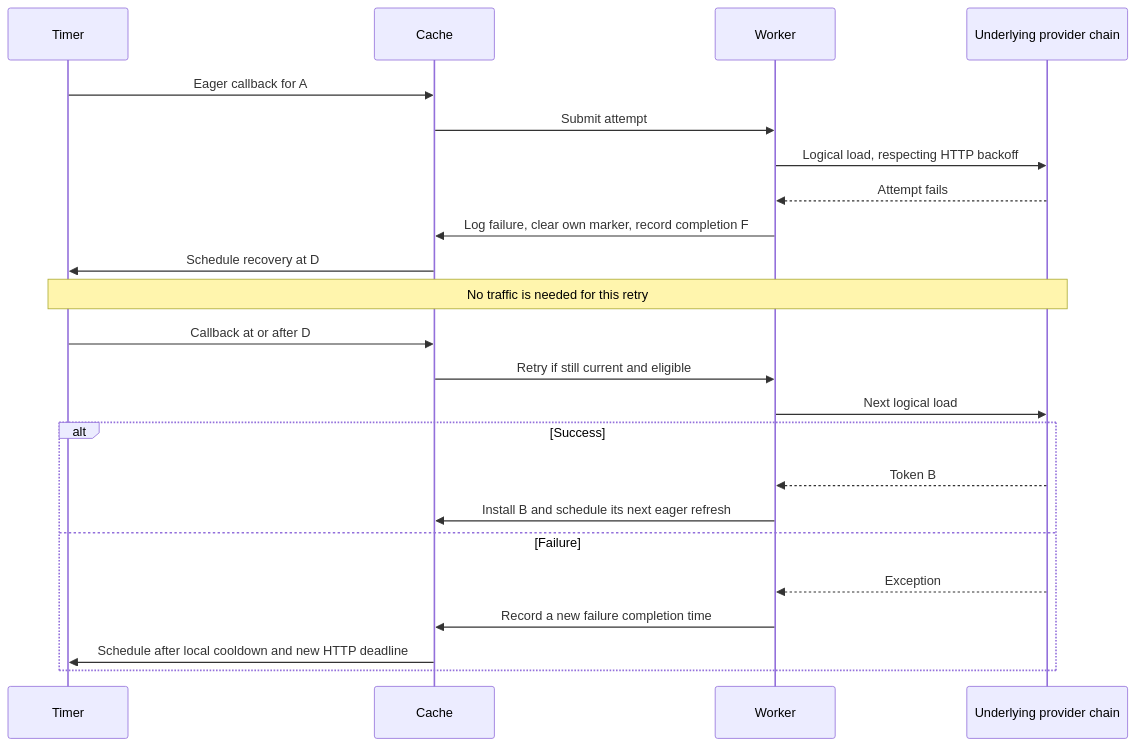
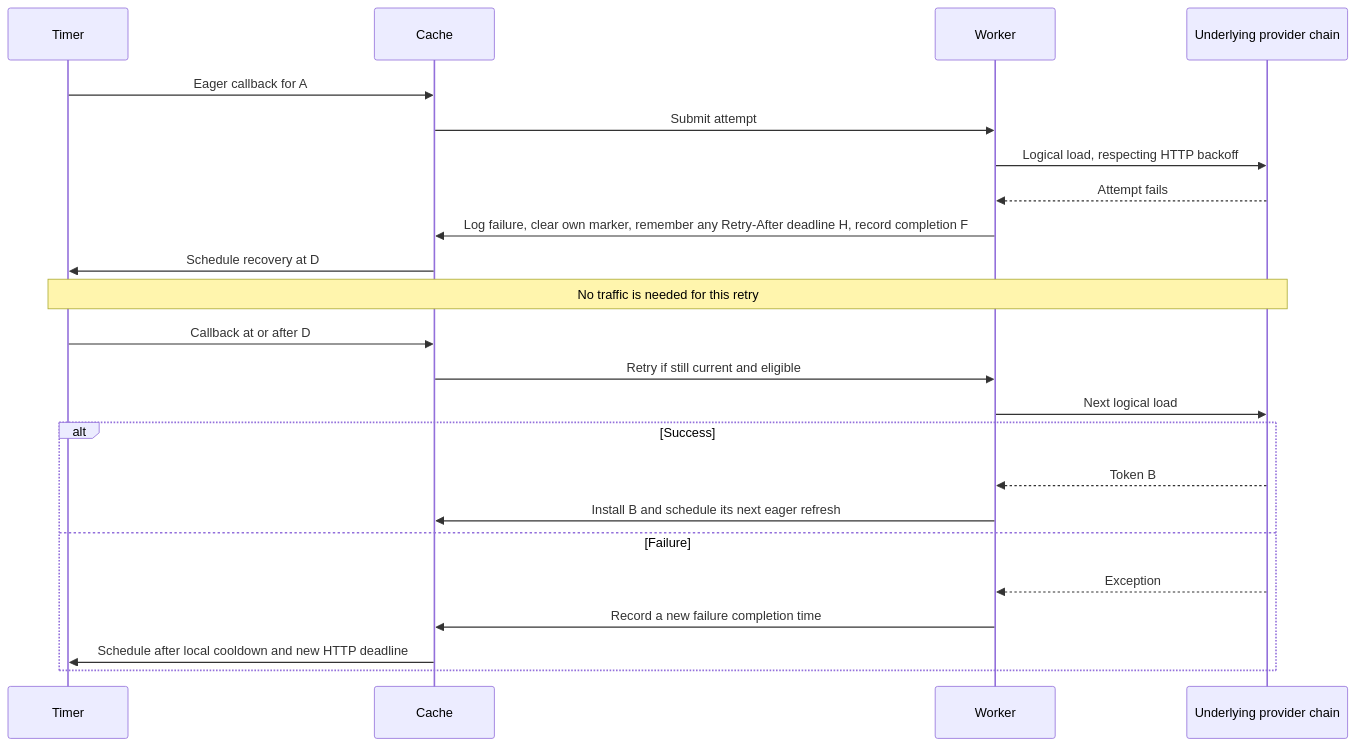
One commit to entur/jwt-resource-server changed the fifth of 11 diagrams in jwt-client/docs/eager-preemptive-refresh/README.md. Above: the diagram before and after it, drawn with Mermaid. The commit also changed other lines of this file and 4 other files, not shown here.

First line of the commit message:
Retain the learned Retry-After deadline in the preemptive cache

````diff
--- a/jwt-client/docs/eager-preemptive-refresh/README.md
+++ b/jwt-client/docs/eager-preemptive-refresh/README.md
@@ -135,25 +135,25 @@
 ```mermaid
 sequenceDiagram
     participant Timer
     participant Cache
     participant Worker
     participant Provider as Underlying provider chain
     Timer->>Cache: Eager callback for A
     Cache->>Worker: Submit attempt
     Worker->>Provider: Logical load, respecting HTTP backoff
     Provider-->>Worker: Attempt fails
-    Worker->>Cache: Log failure, clear own marker, record completion F
+    Worker->>Cache: Log failure, clear own marker, remember any Retry-After deadline H, record completion F
     Cache->>Timer: Schedule recovery at D
     Note over Timer,Provider: No traffic is needed for this retry
     Timer->>Cache: Callback at or after D
     Cache->>Worker: Retry if still current and eligible
     Worker->>Provider: Next logical load
     alt Success
         Provider-->>Worker: Token B
         Worker->>Cache: Install B and schedule its next eager refresh
     else Failure
         Provider-->>Worker: Exception
         Worker->>Cache: Record a new failure completion time
         Cache->>Timer: Schedule after local cooldown and new HTTP deadline
     end
 ```
````
